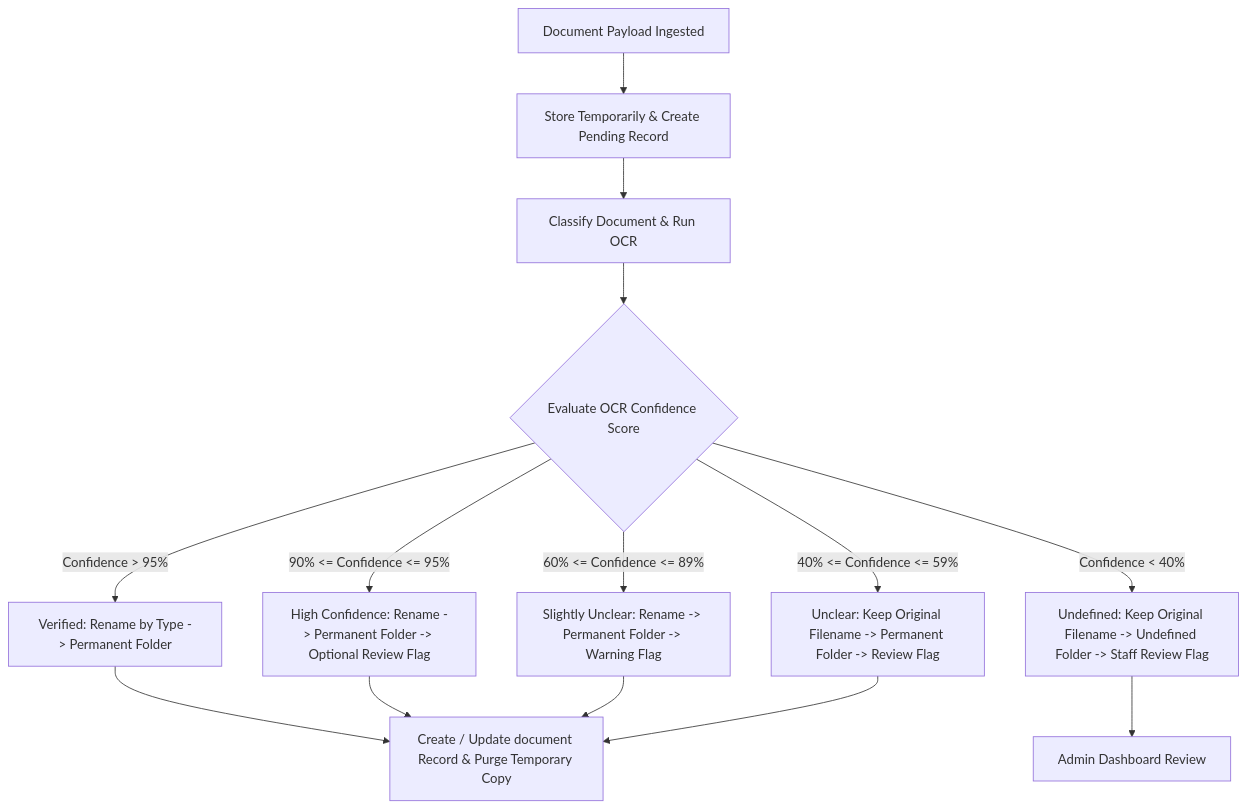
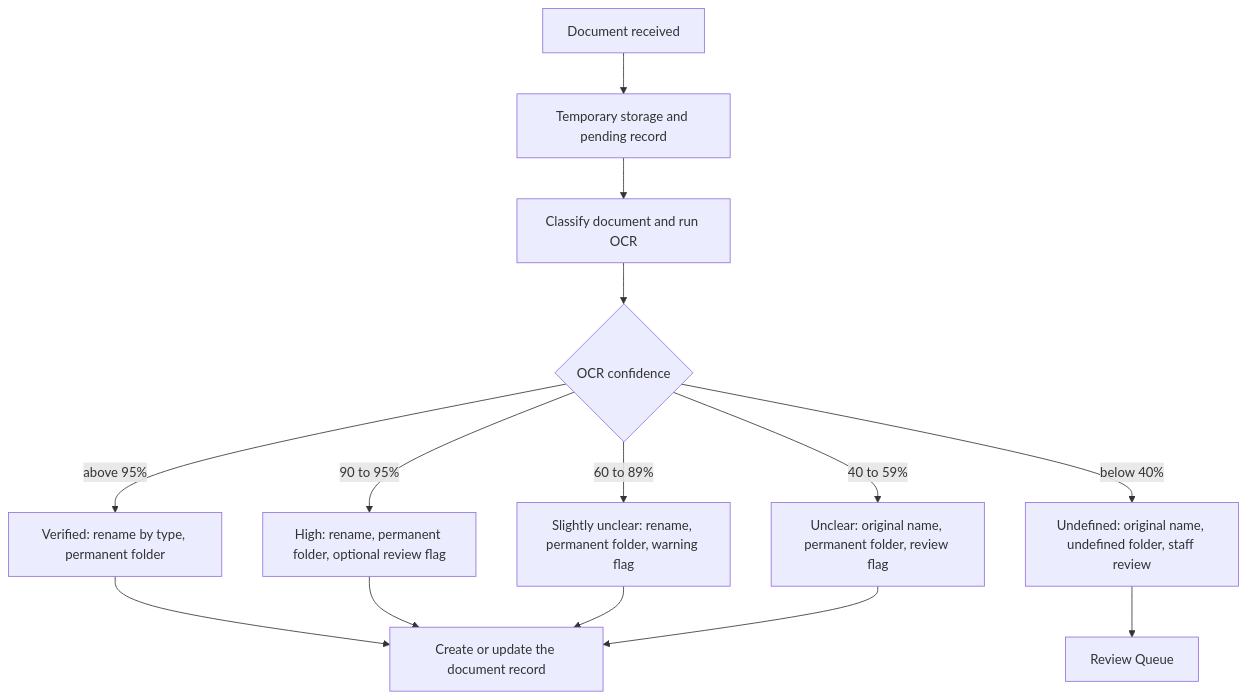
Before and after one commit to emlynk-pixel/EmlynkWABot: the tenth of 12 diagrams in README.md, drawn with Mermaid. The commit also changed other lines of this file and 1 other file, not shown here.

Commit message:
docs: redesign database architecture and master ER

````diff
--- a/README.md
+++ b/README.md
@@ -414,18 +874,16 @@
 ```mermaid
 flowchart TD
-    Doc[Document Payload Ingested] --> Temp[Store Temporarily & Create Pending Record]
-    Temp --> Classify[Classify Document & Run OCR]
-    Classify --> ConfCheck{Evaluate OCR Confidence Score}
-
-    ConfCheck -->|Confidence > 95%| Clear[Verified: Rename by Type -> Permanent Folder]
-    ConfCheck -->|90% <= Confidence <= 95%| High[High Confidence: Rename -> Permanent Folder -> Optional Review Flag]
-    ConfCheck -->|60% <= Confidence <= 89%| Mid[Slightly Unclear: Rename -> Permanent Folder -> Warning Flag]
-    ConfCheck -->|40% <= Confidence <= 59%| Unclear[Unclear: Keep Original Filename -> Permanent Folder -> Review Flag]
-    ConfCheck -->|Confidence < 40%| Undefined[Undefined: Keep Original Filename -> Undefined Folder -> Staff Review Flag]
-
-    Clear --> UpdateDB[Create / Update document Record & Purge Temporary Copy]
+    Doc["Document received"] --> Temp["Temporary storage and pending record"]
+    Temp --> Classify["Classify document and run OCR"]
+    Classify --> ConfCheck{"OCR confidence"}
+    ConfCheck -->|"above 95%"| Clear["Verified: rename by type, permanent folder"]
+    ConfCheck -->|"90 to 95%"| High["High: rename, permanent folder, optional review flag"]
+    ConfCheck -->|"60 to 89%"| Mid["Slightly unclear: rename, permanent folder, warning flag"]
+    ConfCheck -->|"40 to 59%"| Unclear["Unclear: original name, permanent folder, review flag"]
+    ConfCheck -->|"below 40%"| Undefined["Undefined: original name, undefined folder, staff review"]
+    Clear --> UpdateDB["Create or update the document record"]
     High --> UpdateDB
     Mid --> UpdateDB
     Unclear --> UpdateDB
-    Undefined --> StaffReview[Admin Dashboard Review]
+    Undefined --> StaffReview["Review Queue"]
 ```
````
